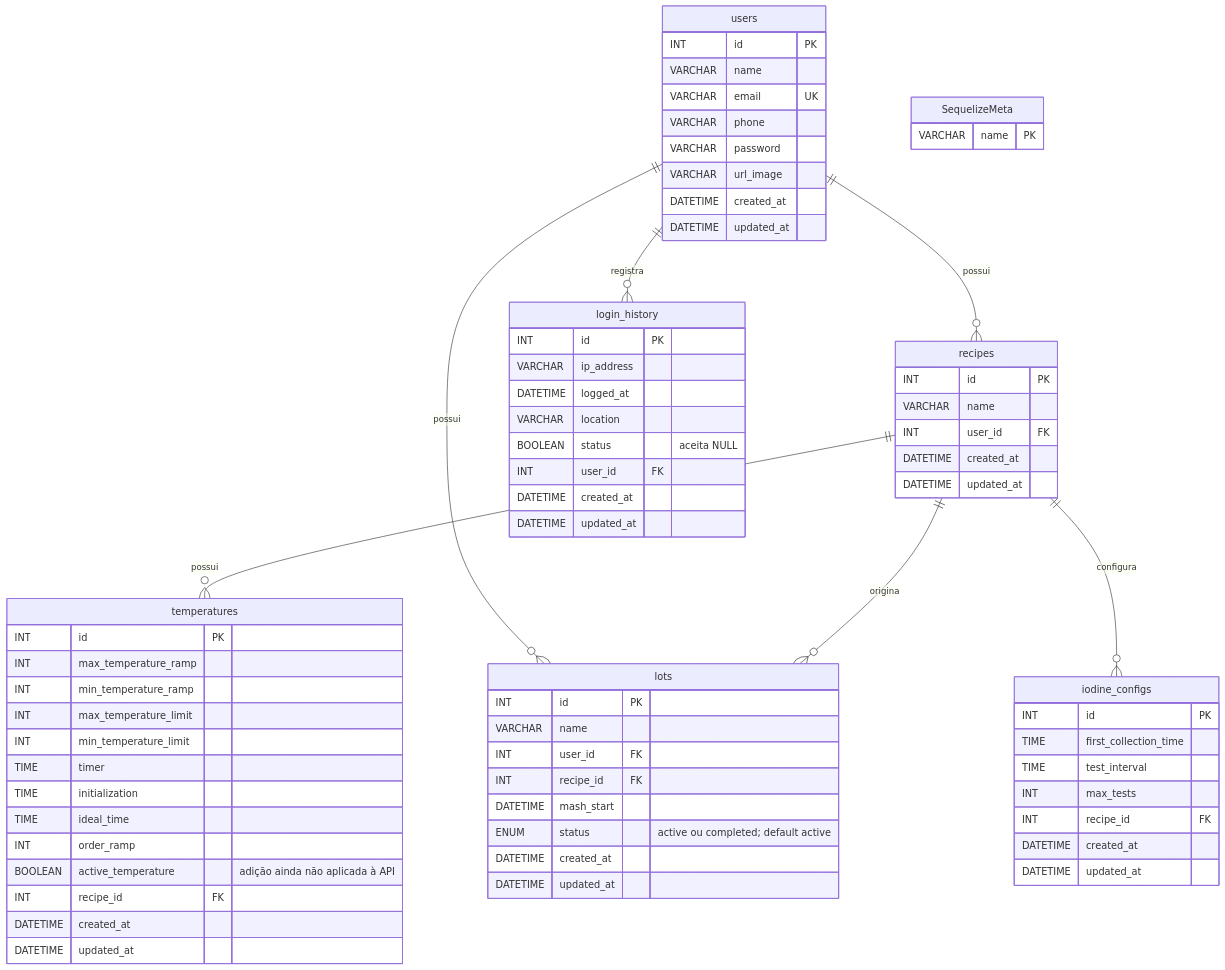
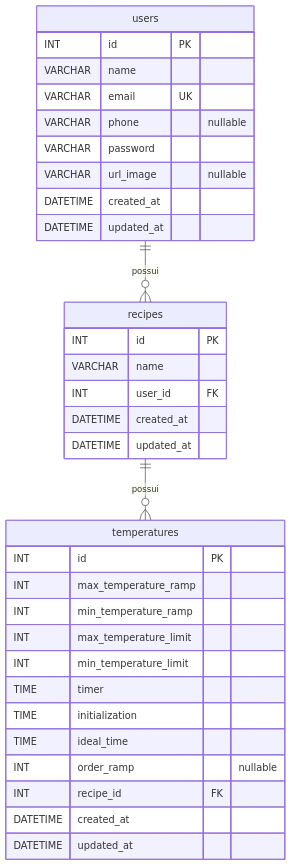
The diagram in README.md (conloq/database), drawn with Mermaid before and after one commit. The commit also changed other lines of this file and 2 other files, not shown here.

Commit message:
docs: alinhar MER às migrations atuais

````diff
--- a/README.md
+++ b/README.md
@@ -29,74 +29,37 @@
 ```mermaid
 erDiagram
     users ||--o{ recipes : possui
     recipes ||--o{ temperatures : possui
-    users ||--o{ lots : possui
-    recipes ||--o{ lots : origina
-    recipes ||--o{ iodine_configs : configura
-    users ||--o{ login_history : registra
 
     users {
         INT id PK
         VARCHAR name
         VARCHAR email UK
-        VARCHAR phone
+        VARCHAR phone "nullable"
         VARCHAR password
-        VARCHAR url_image
+        VARCHAR url_image "nullable"
         DATETIME created_at
         DATETIME updated_at
     }
     recipes {
         INT id PK
         VARCHAR name
         INT user_id FK
         DATETIME created_at
         DATETIME updated_at
     }
     temperatures {
         INT id PK
         INT max_temperature_ramp
         INT min_temperature_ramp
         INT max_temperature_limit
         INT min_temperature_limit
         TIME timer
         TIME initialization
         TIME ideal_time
-        INT order_ramp
-        BOOLEAN active_temperature "adição ainda não aplicada à API"
+        INT order_ramp "nullable"
         INT recipe_id FK
         DATETIME created_at
         DATETIME updated_at
     }
-    SequelizeMeta {
-        VARCHAR name PK
-    }
-    lots {
-        INT id PK
-        VARCHAR name
-        INT user_id FK
-        INT recipe_id FK
-        DATETIME mash_start
-        ENUM status "active ou completed; default active"
-        DATETIME created_at
-        DATETIME updated_at
-    }
-    iodine_configs {
-        INT id PK
-        TIME first_collection_time
-        TIME test_interval
-        INT max_tests
-        INT recipe_id FK
-        DATETIME created_at
-        DATETIME updated_at
-    }
-    login_history {
-        INT id PK
-        VARCHAR ip_address
-        DATETIME logged_at
-        VARCHAR location
-        BOOLEAN status "aceita NULL"
-        INT user_id FK
-        DATETIME created_at
-        DATETIME updated_at
-    }
 ```
````
